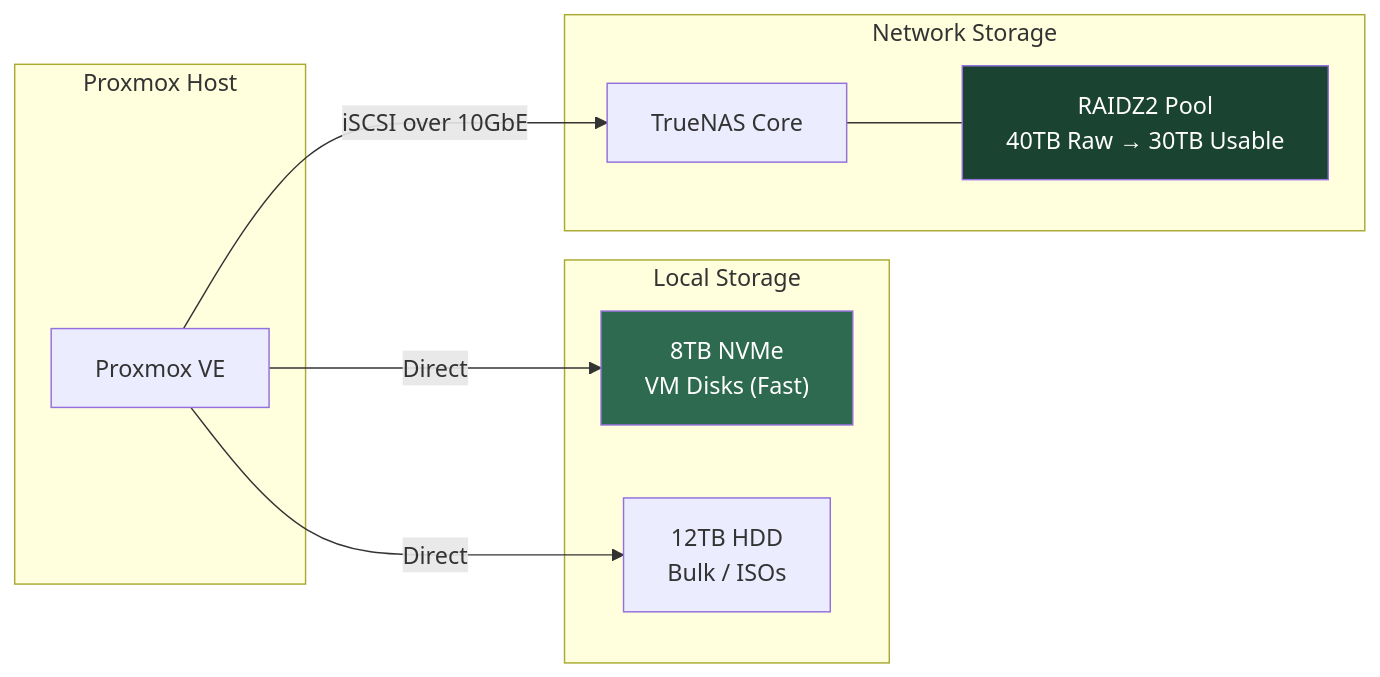
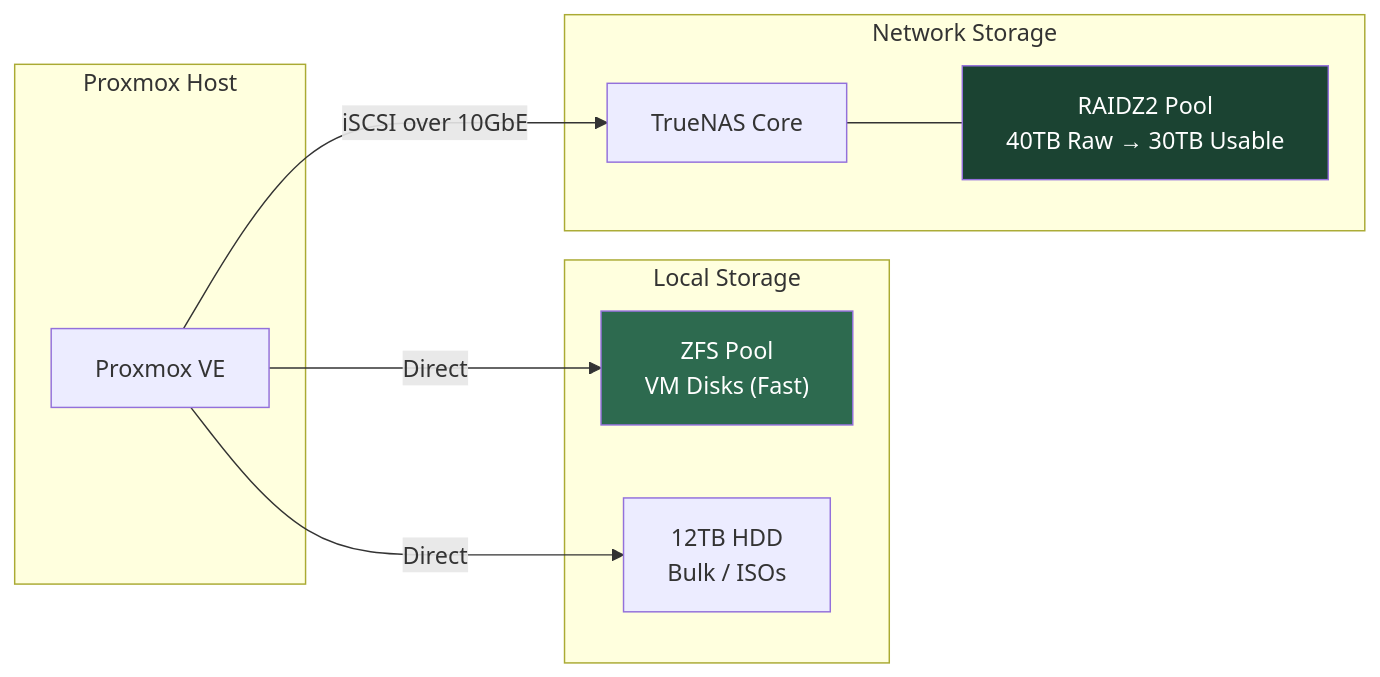
The second of 4 diagrams in src/posts/2025-12-24-private-cloud-homelab-proxmox-security.md (williamzujkowski/williamzujkowski.github.io), drawn with Mermaid before and after one commit. The commit also changed other lines of this file and 18 other files, not shown here.

````diff
--- a/src/posts/2025-12-24-private-cloud-homelab-proxmox-security.md
+++ b/src/posts/2025-12-24-private-cloud-homelab-proxmox-security.md
@@ -85,24 +84,24 @@
 ```mermaid
 graph LR
     subgraph "Proxmox Host"
         PVE["Proxmox VE"]
     end
 
     subgraph "Local Storage"
-        NVMe["8TB NVMe<br/>VM Disks (Fast)"]
+        NVMe["ZFS Pool<br/>VM Disks (Fast)"]
         HDD["12TB HDD<br/>Bulk / ISOs"]
     end
 
     subgraph "Network Storage"
         TN["TrueNAS Core"]
         RAIDZ2["RAIDZ2 Pool<br/>40TB Raw → 30TB Usable"]
     end
 
     PVE -->|"Direct"| NVMe
     PVE -->|"Direct"| HDD
     PVE -->|"iSCSI over 10GbE"| TN
     TN --- RAIDZ2
 
     style NVMe fill:#2d6a4f,color:#fff
     style RAIDZ2 fill:#1b4332,color:#fff
 ```
````
